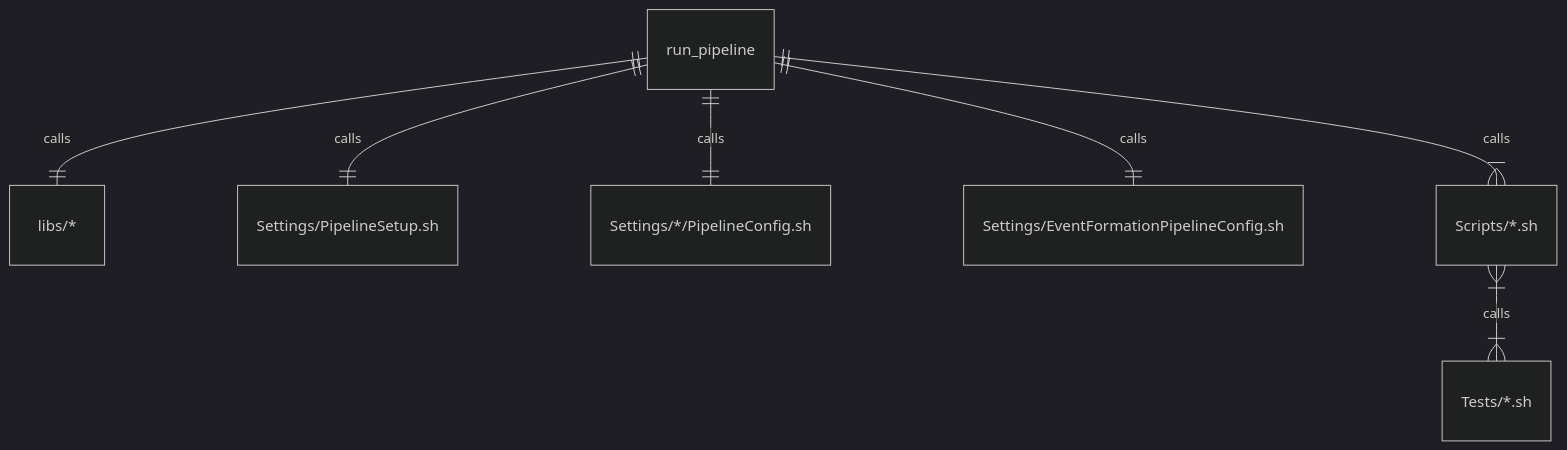
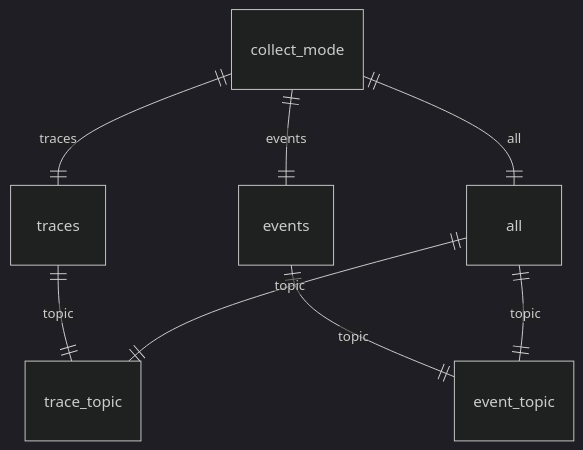
Before and after one commit to Modularius/supermusr-trace-event-viewer: the diagram in README.md, drawn with Mermaid (dark theme). The commit also changed 16 other files, not shown here.

````diff
--- a/README.md
+++ b/README.md
@@ -64,32 +64,21 @@
 ```mermaid
 erDiagram
 
-RUN_PIPELINE["run_pipeline"] {}
-LIBS["libs/*"] {}
-RUN_PIPELINE ||--|| LIBS: calls
+COLLECT["collect_mode"] {}
+COLLECT ||--|| COLLECT_TRACES: traces
+COLLECT ||--|| COLLECT_EVENTS: events
+COLLECT ||--|| COLLECT_ALL: all
 
-SETUP["Settings/PipelineSetup.sh"] {
-    
-}
-RUN_PIPELINE ||--|| SETUP: calls
+COLLECT_TRACES["traces"] {}
+COLLECT_EVENTS["events"] {}
+COLLECT_ALL["all"] {}
 
-CONFIG["Settings/*/PipelineConfig.sh"] {
-    
-}
-RUN_PIPELINE ||--|| CONFIG: calls
+COLLECT_TRACES ||--|| TRACE_TOPIC: topic
+COLLECT_EVENTS ||--|| EVENT_TOPIC: topic
+COLLECT_ALL ||--|| TRACE_TOPIC: topic
+COLLECT_ALL ||--|| EVENT_TOPIC: topic
 
-EVCONFIG["Settings/EventFormationPipelineConfig.sh"] {
-    
-}
-RUN_PIPELINE ||--|| EVCONFIG: calls
+TRACE_TOPIC["trace_topic"] {}
+EVENT_TOPIC["event_topic"] {}
 
-SCRIPTS["Scripts/*.sh"] {
-    
-}
-RUN_PIPELINE ||--|{ SCRIPTS: calls
-
-TESTS["Tests/*.sh"] {
-    
-}
-SCRIPTS }|--|{ TESTS: calls
 ```
````
